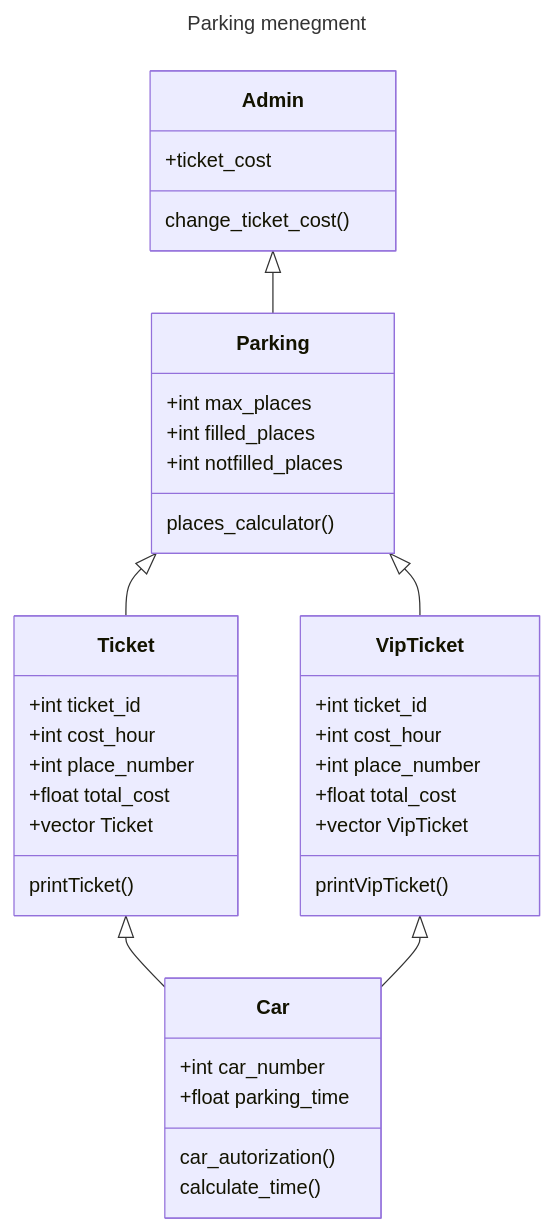
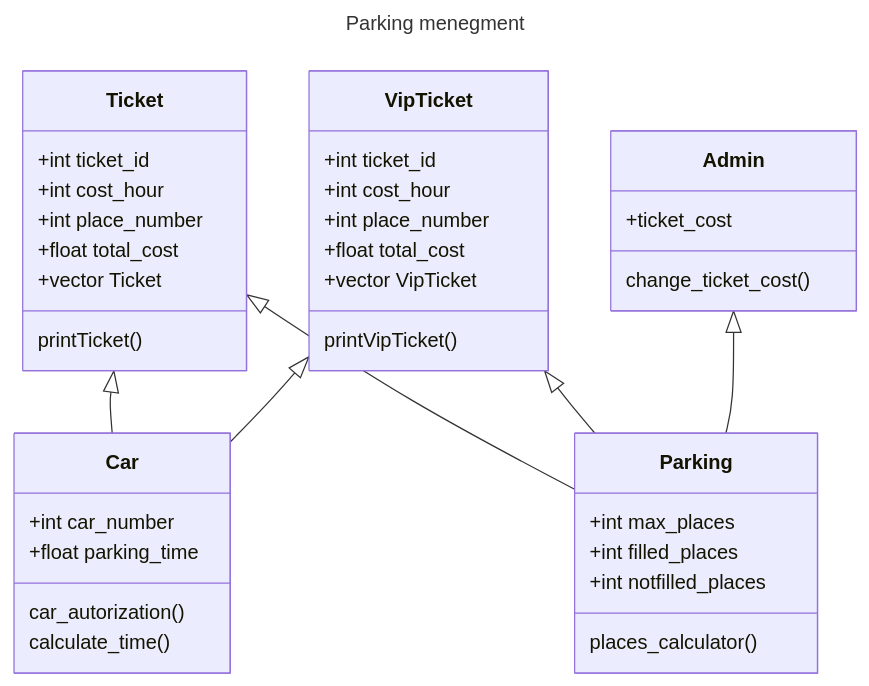
One commit to alanarzumanjan/Parking changed the diagram in diagram.md. Above: the diagram before and after it, drawn with Mermaid. The commit also changed 3 other files, not shown here.

````diff
--- a/diagram.md
+++ b/diagram.md
@@ -1,45 +1,45 @@
 ```mermaid
 --- 
 title: Parking menegment
 ---
 classDiagram
     class Car
-    Car : +int car_number
-    Car : +float parking_time
-    Car : car_autorization()
-    Car : calculate_time()
+        Car : +int car_number
+        Car : +float parking_time
+        Car : car_autorization()
+        Car : calculate_time()
 
     class Parking
-    Parking : +int max_places
-    Parking : +int filled_places
-    Parking : +int notfilled_places
-    Parking : places_calculator()
+        Parking : +int max_places
+        Parking : +int filled_places
+        Parking : +int notfilled_places
+        Parking : places_calculator()
 
     class Ticket
-    Ticket : +int ticket_id
-    Ticket : +int cost_hour
-    Ticket : +int place_number
-    Ticket : +float total_cost
-    Ticket : +vector Ticket
-    Ticket : printTicket()
+        Ticket : +int ticket_id
+        Ticket : +int cost_hour
+        Ticket : +int place_number
+        Ticket : +float total_cost
+        Ticket : +vector Ticket
+        Ticket : printTicket()
 
     class VipTicket
-    VipTicket : +int ticket_id
-    VipTicket : +int cost_hour
-    VipTicket : +int place_number
-    VipTicket : +float total_cost
-    VipTicket : +vector VipTicket
-    VipTicket : printVipTicket()
+        VipTicket : +int ticket_id
+        VipTicket : +int cost_hour
+        VipTicket : +int place_number
+        VipTicket : +float total_cost
+        VipTicket : +vector VipTicket
+        VipTicket : printVipTicket()
     
     class Admin
-    Admin : +ticket_cost
-    Admin : change_ticket_cost()
+        Admin : +ticket_cost
+        Admin : change_ticket_cost()
     
 
     Ticket <|-- Car
     VipTicket <|-- Car
-    Parking <|-- Ticket
-    Parking <|-- VipTicket
+    Ticket <|-- Parking
+    VipTicket <|-- Parking
     Admin <|-- Parking
     
 ```
````
